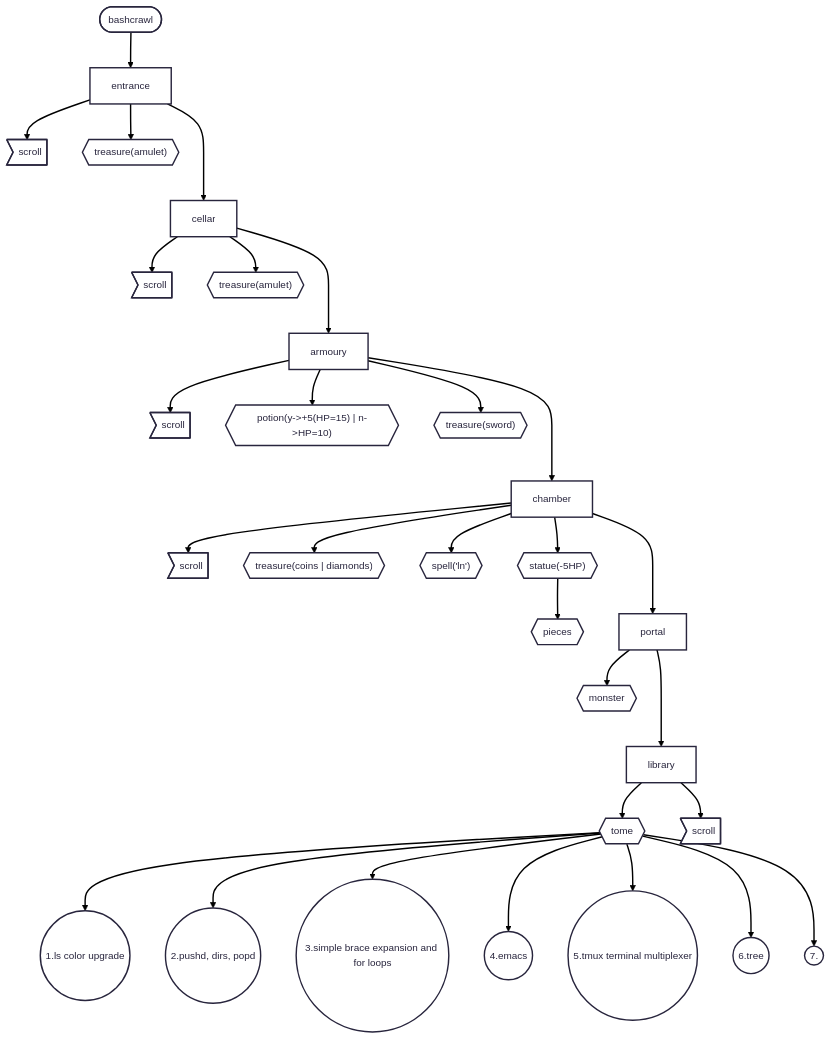
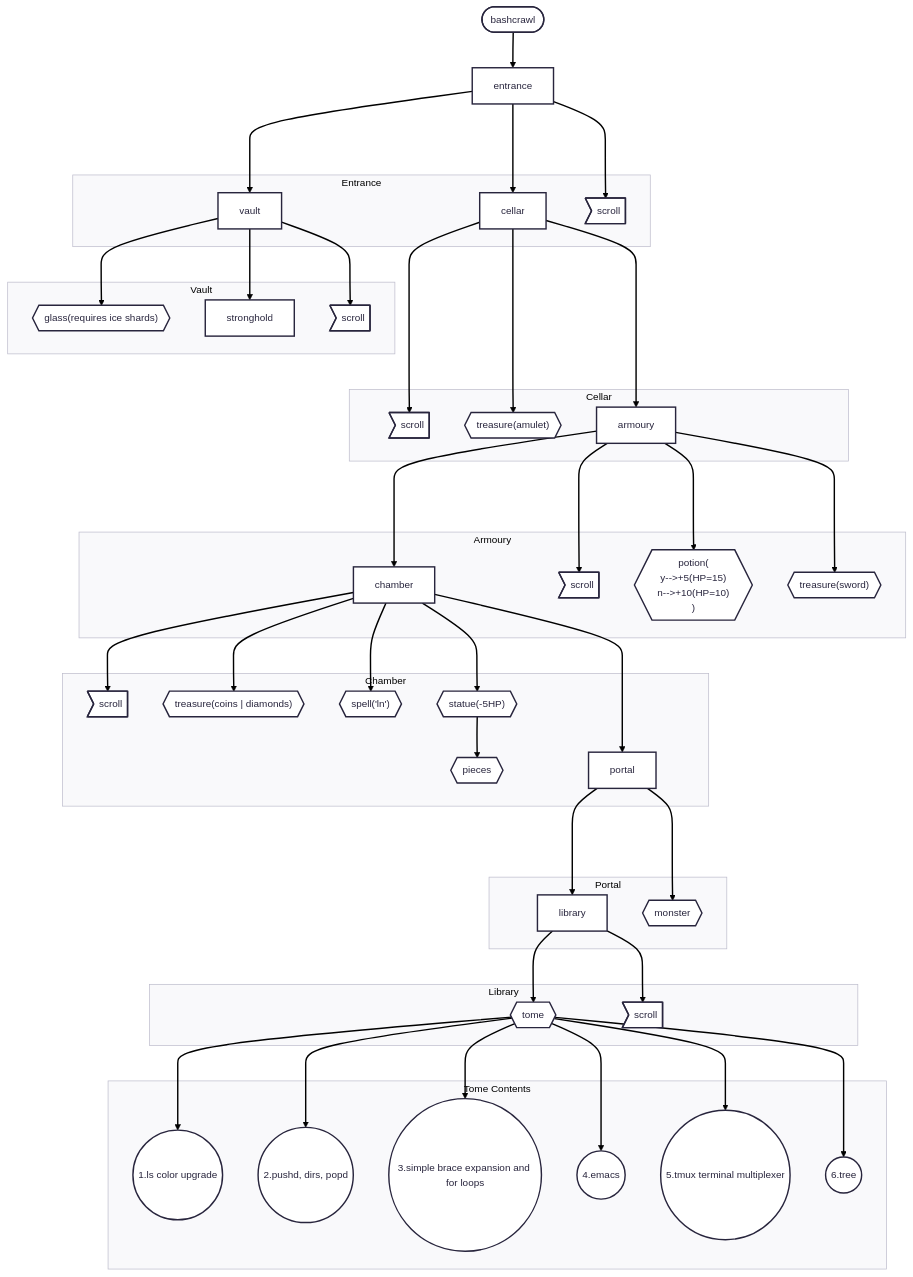
The diagram in saveFile.md (Ciugiu/bashcrawl), drawn with Mermaid before and after one commit.

Commit message:
docs: Updated the flowchart

````diff
--- a/saveFile.md
+++ b/saveFile.md
@@ -7,35 +7,68 @@
 ```mermaid
 ---
 config:
-      theme: redux
+  theme: redux
 ---
 flowchart TD
-        start(["bashcrawl"])
-        start-->A["entrance"]
-        A--->B["cellar"]
-        A-->A_1>"scroll"]
-        A-->A_2{{"treasure(amulet)"}}
-        B--->C["armoury"]
-        B-->B_1>"scroll"]
-        B-->B_2{{"treasure(amulet)"}}
-        C--->D["chamber"]
-        C-->C_1>"scroll"]
-        C-->C_2{{"potion(y->+5(HP=15) | n->HP=10)"}}
-        C-->C_3{{"treasure(sword)"}}
-        D-->E_1>"scroll"]
-        D-->E_2{{"treasure(coins | diamonds)"}}
-        D-->E_3{{"spell('ln')"}}
-        D-->E_4{{"statue(-5HP)"}}-->E_4_1{{"pieces"}}
-        D--->E["portal"]
-        E--->F["library"]
-        E-->E_5{{"monster"}}
-        F-->G_1{{"tome"}}
-        G_1-->G_1_1(("1.ls color upgrade"))
-        G_1-->G_1_2(("2.pushd, dirs, popd"))
-        G_1-->G_1_3(("3.simple brace expansion and for loops"))
-        G_1-->G_1_4(("4.emacs"))
-        G_1-->G_1_5(("5.tmux terminal multiplexer"))
-        G_1-->G_1_6(("6.tree"))
-        G_1-->G_1_7(("7."))
-        F-->G_2>"scroll"]
+ subgraph s1["Vault"]
+        G_2{{"glass(requires ice shards)"}}
+        H["stronghold"]
+        G_1>"scroll"]
+  end
+ subgraph s2["Cellar"]
+        B_1>"scroll"]
+        B_2{{"treasure(amulet)"}}
+        C["armoury"]
+  end
+ subgraph s3["Armoury"]
+        D["chamber"]
+        C_1>"scroll"]
+        C_2{{"potion(<br>y--&gt;+5(HP=15) <br>n--&gt;+10(HP=10)<br>)"}}
+        C_3{{"treasure(sword)"}}
+  end
+ subgraph s4["Entrance"]
+        B["cellar"]
+        G["vault"]
+        A_1>"scroll"]
+  end
+ subgraph s5["Chamber"]
+        E_1>"scroll"]
+        E_2{{"treasure(coins | diamonds)"}}
+        E_3@{ label: "spell('ln')" }
+        E_4{{"statue(-5HP)"}}
+        E_4_1{{"pieces"}}
+        E["portal"]
+  end
+ subgraph s6["Portal"]
+        F["library"]
+        E_5{{"monster"}}
+  end
+ subgraph s7["Library"]
+        F_1{{"tome"}}
+        F_2>"scroll"]
+  end
+ subgraph s8["Tome Contents "]
+        F_1_1(("1.ls color upgrade"))
+        F_1_2(("2.pushd, dirs, popd"))
+        F_1_3(("3.simple brace expansion and for loops"))
+        F_1_4(("4.emacs"))
+        F_1_5(("5.tmux terminal multiplexer"))
+        F_1_6(("6.tree"))
+  end
+    start(["bashcrawl"]) --> A["entrance"]
+    A ---> B & G
+    A --> A_1
+    B ---> C
+    B --> B_1 & B_2
+    C ---> D
+    C --> C_1 & C_2 & C_3
+    D --> E_1 & E_2 & E_3 & E_4
+    E_4 --> E_4_1
+    D ---> E
+    E ---> F
+    E --> E_5
+    F --> F_1 & F_2
+    F_1 --> F_1_1 & F_1_2 & F_1_3 & F_1_4 & F_1_5 & F_1_6
+    G --> G_1 & G_2 & H
+    E_3@{ shape: hexagon}
 ```
````
